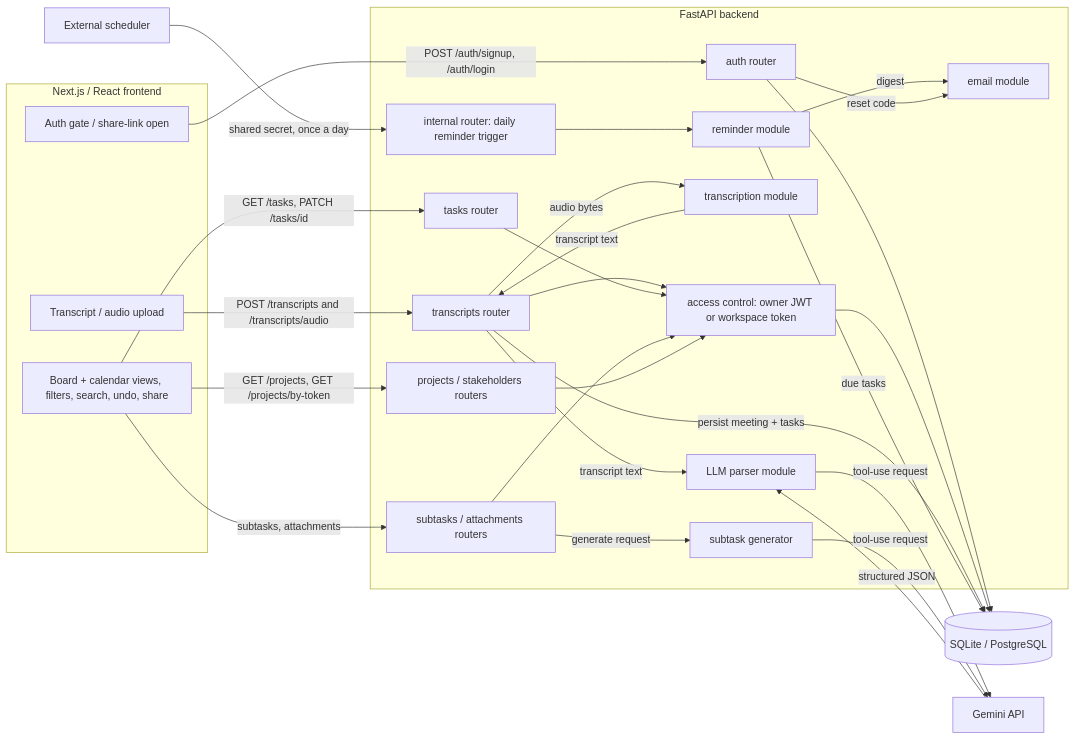
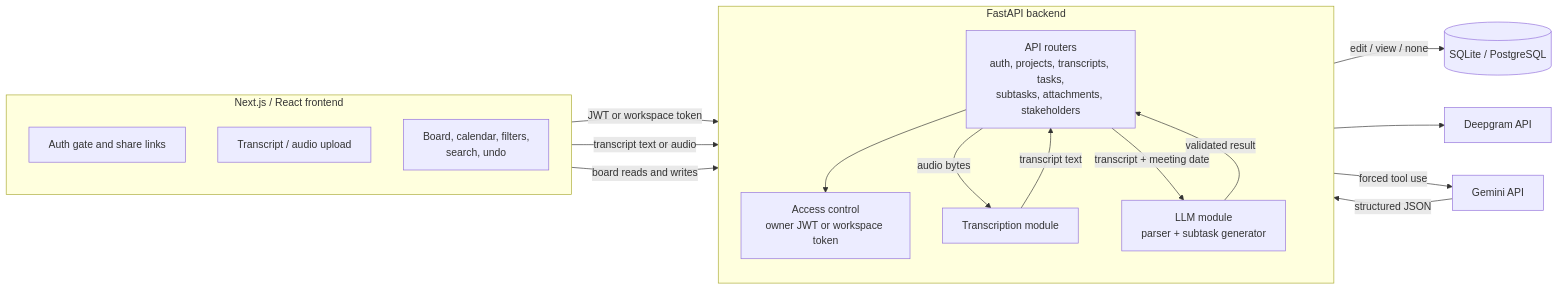
The first of 3 diagrams in docs/architecture.md (chinliong/meeting-orchestrator), drawn with Mermaid before and after one commit. The commit also changed other lines of this file, not shown here.

Commit message:
Split the component diagram so the reminder path stops crossing it

````diff
--- a/docs/architecture.md
+++ b/docs/architecture.md
@@ -23,52 +26,34 @@
 ```mermaid
 flowchart LR
     subgraph Client[Next.js / React frontend]
-        A[Auth gate / share-link open]
+        direction TB
+        A[Auth gate and share links]
         U[Transcript / audio upload]
-        K[Board + calendar views, filters, search, undo, share]
+        K[Board, calendar, filters,<br/>search, undo]
     end
 
     subgraph API[FastAPI backend]
-        AU[auth router]
-        T[transcripts router]
-        TK[tasks router]
-        SB[subtasks / attachments routers]
-        P[projects / stakeholders routers]
-        IN[internal router: daily reminder trigger]
-        AC[access control: owner JWT or workspace token]
-        W[transcription module]
-        L[LLM parser module]
-        S[subtask generator]
-        N[reminder module]
-        M[email module]
+        direction TB
+        R[API routers<br/>auth, projects, transcripts, tasks,<br/>subtasks, attachments, stakeholders]
+        AC[Access control<br/>owner JWT or workspace token]
+        L[LLM module<br/>parser + subtask generator]
+        W[Transcription module]
     end
 
     DB[(SQLite / PostgreSQL)]
-    C[Gemini API]
-    X[External scheduler]
+    G[Gemini API]
+    D[Deepgram API]
 
-    A -->|POST /auth/signup, /auth/login| AU
-    U -->|POST /transcripts and /transcripts/audio| T
-    K -->|GET /tasks, PATCH /tasks/id| TK
-    K -->|subtasks, attachments| SB
-    K -->|GET /projects, GET /projects/by-token| P
-    AU --> DB
-    T --> AC
-    TK --> AC
-    SB --> AC
-    P --> AC
-    AC --> DB
-    T -->|audio bytes| W
-    W -->|transcript text| T
-    T -->|transcript text| L
-    L -->|tool-use request| C
-    C -->|structured JSON| L
-    SB -->|generate request| S
-    S -->|tool-use request| C
-    T -->|persist meeting + tasks| DB
-    X -->|shared secret, once a day| IN
-    IN --> N
-    N -->|due tasks| DB
-    N -->|digest| M
-    AU -->|reset code| M
+    A -->|JWT or workspace token| R
+    U -->|transcript text or audio| R
+    K -->|board reads and writes| R
+    R --> AC
+    AC -->|edit / view / none| DB
+    R -->|audio bytes| W
+    W -->|transcript text| R
+    W --> D
+    R -->|transcript + meeting date| L
+    L -->|forced tool use| G
+    G -->|structured JSON| L
+    L -->|validated result| R
 ```
````
